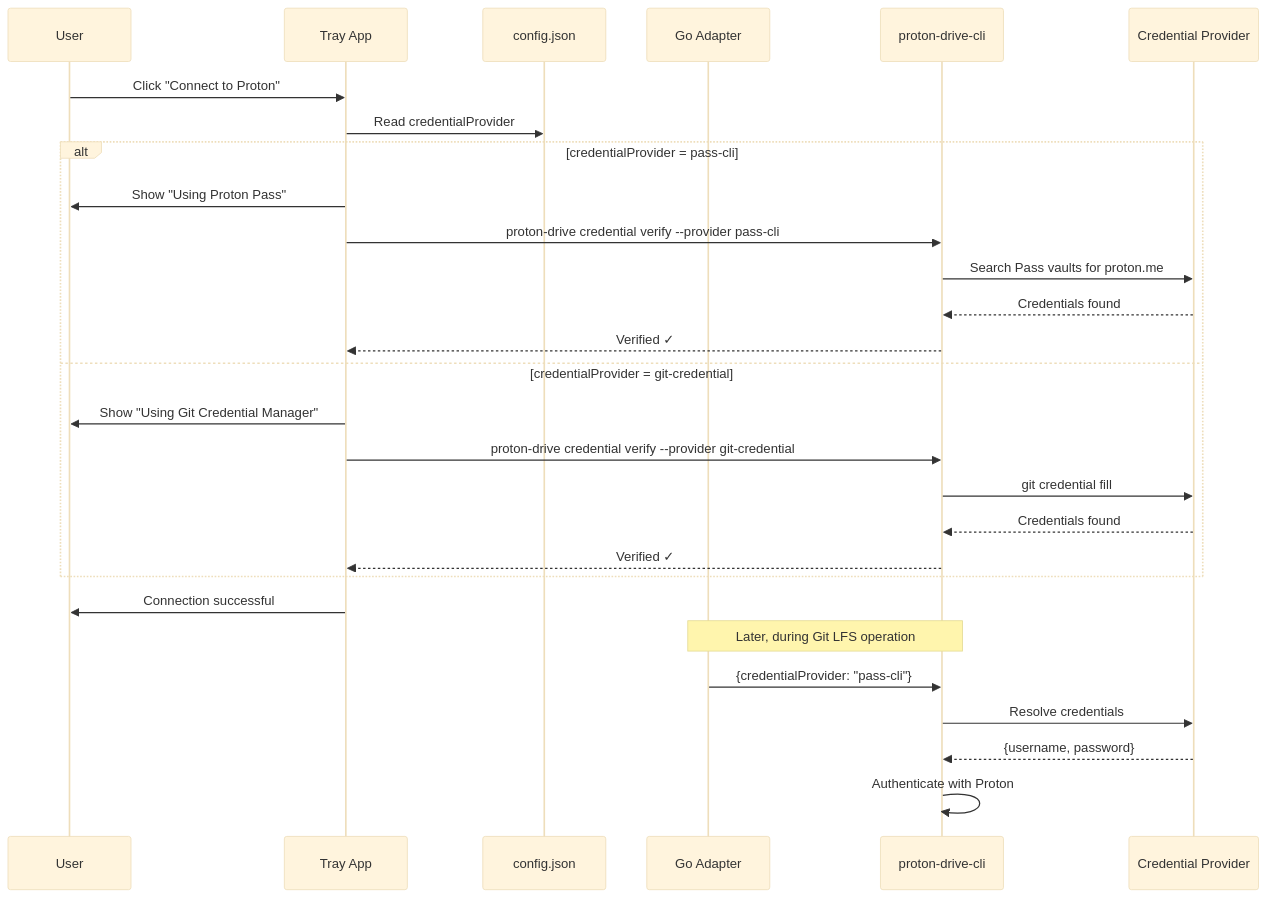
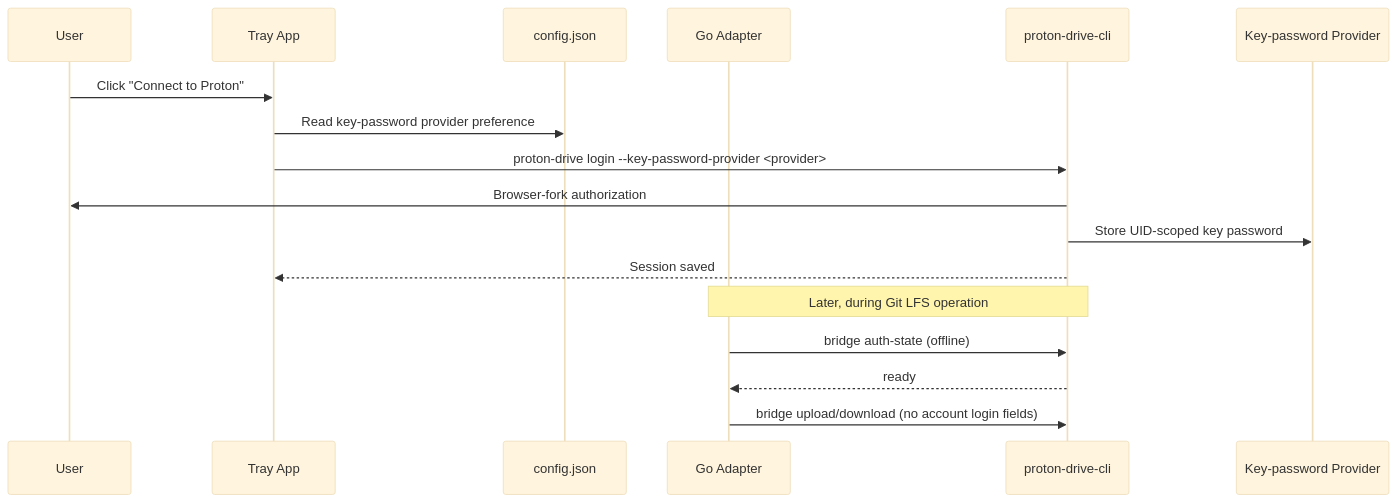
One commit to SevenOfNine-labs/proton-lfs-cli changed the sixth of 14 diagrams in docs/architecture/architecture.md. Above: the diagram before and after it, drawn with Mermaid (base theme). The commit also changed other lines of this file and 31 other files, not shown here.

First line of the commit message:
refactor(auth): align root with browser fork sessions

````diff
--- a/docs/architecture/architecture.md
+++ b/docs/architecture/architecture.md
@@ -278,35 +282,22 @@
 ```mermaid
 sequenceDiagram
     participant User
     participant Tray as Tray App
     participant Config as config.json
     participant Adapter as Go Adapter
-    participant Bridge as proton-drive-cli
-    participant Provider as Credential Provider
+    participant DriveCLI as proton-drive-cli
+    participant Provider as Key-password Provider
 
     User->>Tray: Click "Connect to Proton"
-    Tray->>Config: Read credentialProvider
+    Tray->>Config: Read key-password provider preference
+    Tray->>DriveCLI: proton-drive login --key-password-provider <provider>
+    DriveCLI->>User: Browser-fork authorization
+    DriveCLI->>Provider: Store UID-scoped key password
+    DriveCLI-->>Tray: Session saved
 
-    alt credentialProvider = pass-cli
-        Tray->>User: Show "Using Proton Pass"
-        Tray->>Bridge: proton-drive credential verify --provider pass-cli
-        Bridge->>Provider: Search Pass vaults for proton.me
-        Provider-->>Bridge: Credentials found
-        Bridge-->>Tray: Verified ✓
-    else credentialProvider = git-credential
-        Tray->>User: Show "Using Git Credential Manager"
-        Tray->>Bridge: proton-drive credential verify --provider git-credential
-        Bridge->>Provider: git credential fill
-        Provider-->>Bridge: Credentials found
-        Bridge-->>Tray: Verified ✓
-    end
-
-    Tray->>User: Connection successful
-
-    Note over Adapter,Bridge: Later, during Git LFS operation
-    Adapter->>Bridge: {credentialProvider: "pass-cli"}
-    Bridge->>Provider: Resolve credentials
-    Provider-->>Bridge: {username, password}
-    Bridge->>Bridge: Authenticate with Proton
+    Note over Adapter,DriveCLI: Later, during Git LFS operation
+    Adapter->>DriveCLI: bridge auth-state (offline)
+    DriveCLI-->>Adapter: ready
+    Adapter->>DriveCLI: bridge upload/download (no account login fields)
 
 ```
````
